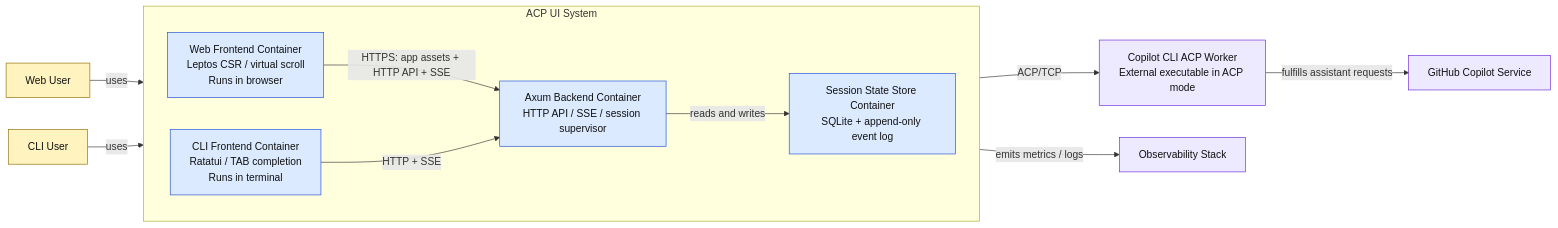
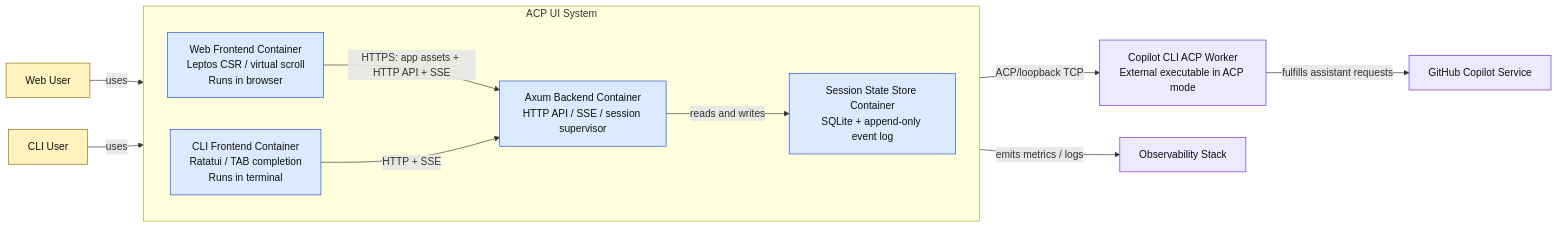
One commit to chalharu/copilot-sandbox-container changed the third of 12 diagrams in docs/explanation/acp-web-cli-architecture.md. Above: the diagram before and after it, drawn with Mermaid. The commit also changed other lines of this file, not shown here.

Commit message:
docs(explanation): harden ACP web CLI design

````diff
--- a/docs/explanation/acp-web-cli-architecture.md
+++ b/docs/explanation/acp-web-cli-architecture.md
@@ -153,34 +153,34 @@
 ```mermaid
 flowchart LR
     webUser["Web User"]
     cliUser["CLI User"]
 
     subgraph acpSystem["ACP UI System"]
         direction LR
         webApp["Web Frontend Container<br/>Leptos CSR / virtual scroll<br/>Runs in browser"]
         cliApp["CLI Frontend Container<br/>Ratatui / TAB completion<br/>Runs in terminal"]
         backend["Axum Backend Container<br/>HTTP API / SSE / session supervisor"]
         stateDb["Session State Store Container<br/>SQLite + append-only event log"]
     end
 
     worker["Copilot CLI ACP Worker<br/>External executable in ACP mode"]
     observability["Observability Stack"]
     githubCopilot["GitHub Copilot Service"]
 
     webUser -->|uses| webApp
     cliUser -->|uses| cliApp
     webApp -->|HTTPS: app assets + HTTP API + SSE| backend
     cliApp -->|HTTP + SSE| backend
-    backend -->|ACP/TCP| worker
+    backend -->|ACP/loopback TCP| worker
     backend -->|reads and writes| stateDb
     backend -->|emits metrics / logs| observability
     worker -->|fulfills assistant requests| githubCopilot
 
     classDef person fill:#fff3bf,stroke:#8f6b00,color:#111;
     classDef container fill:#dbeafe,stroke:#1d4ed8,color:#111;
     classDef external fill:#ede9fe,stroke:#6d28d9,color:#111;
 
     class webUser,cliUser person;
     class webApp,cliApp,backend,stateDb container;
     class worker,observability,githubCopilot external;
 ```
````
